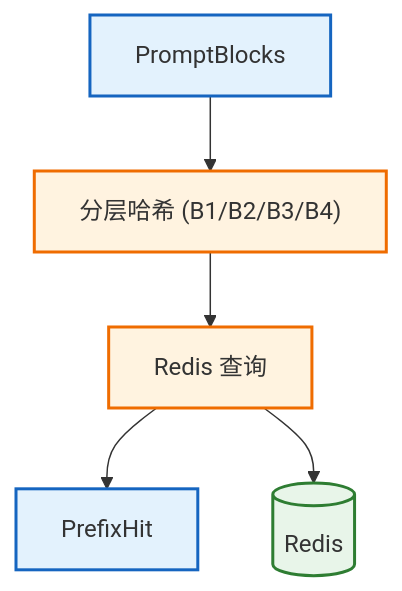
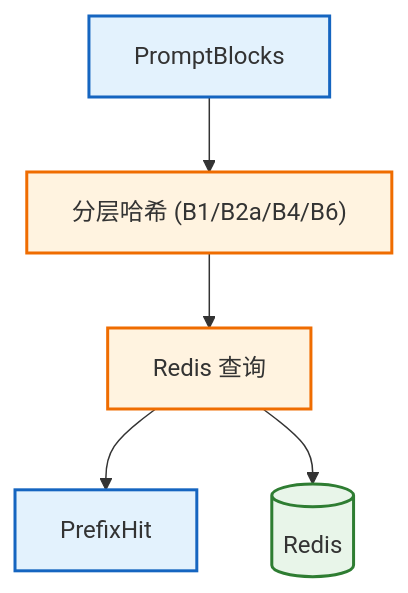
Diagram 26 of 38 in discussions/ContextManagerV6.md (D15190304050/generic-agent), drawn with Mermaid before and after one commit. The commit also changed other lines of this file, not shown here.

````diff
--- a/discussions/ContextManagerV6.md
+++ b/discussions/ContextManagerV6.md
@@ -2465,15 +2552,15 @@
 ```mermaid
 flowchart TB
     classDef input fill:#e3f2fd,stroke:#1565c0,stroke-width:2px;
     classDef process fill:#fff3e0,stroke:#ef6c00,stroke-width:2px;
     classDef store fill:#e8f5e9,stroke:#2e7d32,stroke-width:2px;
 
     Blocks["PromptBlocks"]:::input
-    Hash["分层哈希 (B1/B2/B3/B4)"]:::process
+    Hash["分层哈希 (B1/B2a/B4/B6)"]:::process
     Lookup["Redis 查询"]:::process
     Hit["PrefixHit"]:::input
     Redis[("Redis")]:::store
 
     Blocks --> Hash --> Lookup --> Hit
     Lookup --> Redis
 ```
````
